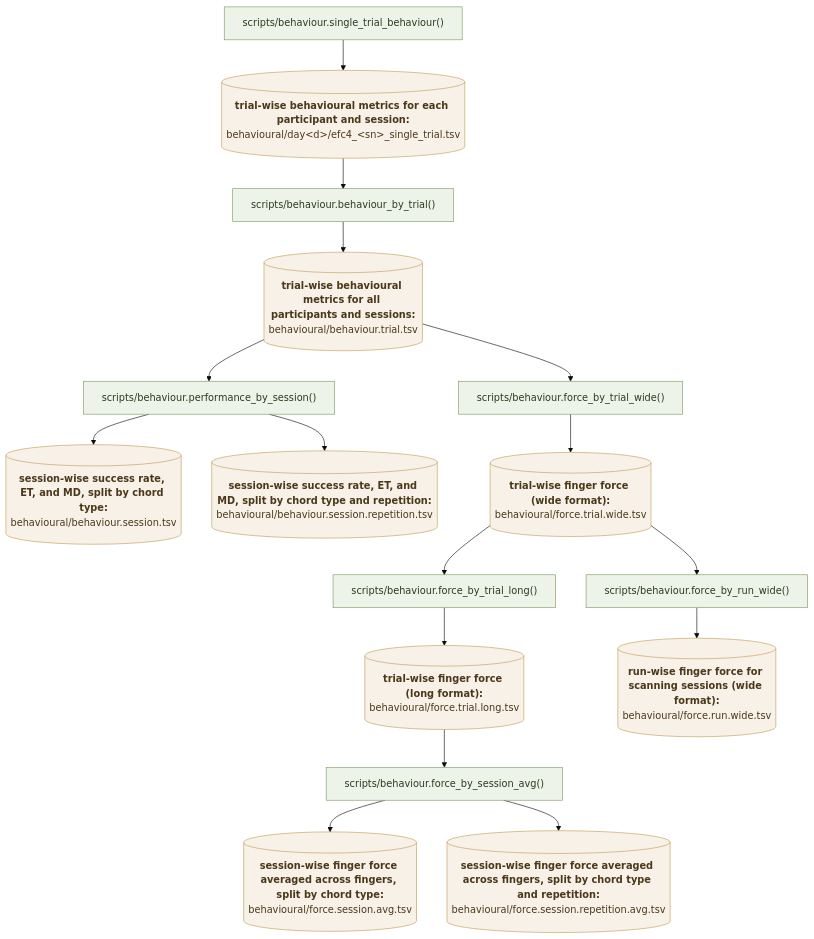
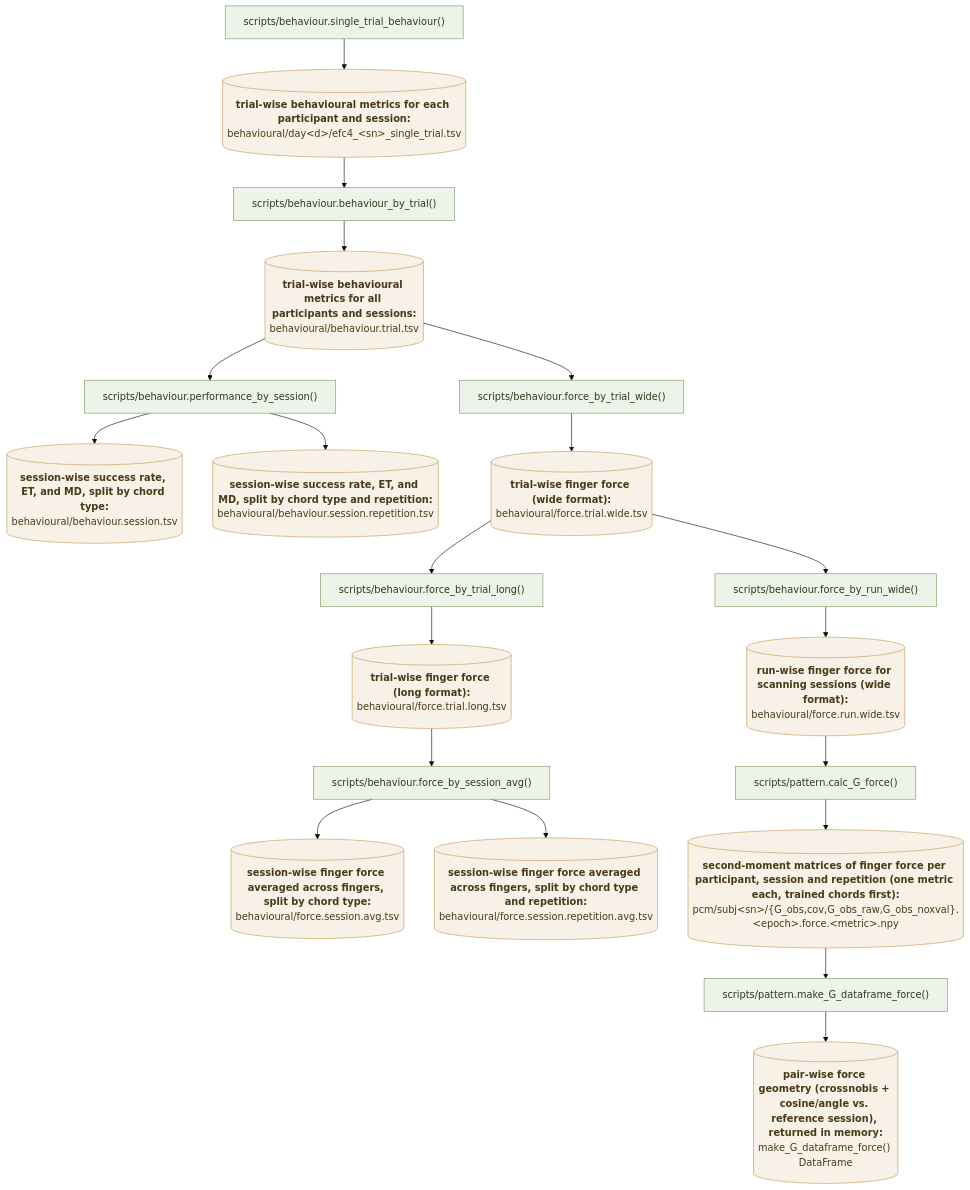
One commit to mnlmrc/extension-flexion-chords changed the diagram in README.md. Above: the diagram before and after it, drawn with Mermaid (base theme). The commit also changed other lines of this file and 2 other files, not shown here.

Commit message:
refactored activation.py

````diff
--- a/README.md
+++ b/README.md
@@ -18,48 +18,61 @@
 ```mermaid
 flowchart TD
     %% ---------- single trial ----------
     ST["scripts/behaviour.single_trial_behaviour()"]:::code
     STTSV[("<b>trial-wise behavioural metrics for each participant and session:</b><br/>behavioural/day&lt;d&gt;/efc4_&lt;sn&gt;_single_trial.tsv")]:::data
 
     ST --> STTSV
 
     %% ---------- summary ----------
     F_TRIAL["scripts/behaviour.behaviour_by_trial()"]:::code
     F_SESS["scripts/behaviour.performance_by_session()"]:::code
     F_FWIDE["scripts/behaviour.force_by_trial_wide()"]:::code
     F_FRUN["scripts/behaviour.force_by_run_wide()"]:::code
     F_FLONG["scripts/behaviour.force_by_trial_long()"]:::code
     F_FSESS["scripts/behaviour.force_by_session_avg()"]:::code
 
     TRIAL[("<b>trial-wise behavioural metrics for all participants and sessions:</b><br/>behavioural/behaviour.trial.tsv")]:::data
     
     PERF[("<b>session-wise success rate, ET, and MD, split by chord type:</b><br/>behavioural/behaviour.session.tsv")]:::data
     PERF_REP[("<b>session-wise success rate, ET, and MD, split by chord type and repetition:</b><br/>behavioural/behaviour.session.repetition.tsv")]:::data
     
     FWIDE[("<b>trial-wise finger force (wide format):</b><br/>behavioural/force.trial.wide.tsv")]:::data
     FLONG[("<b>trial-wise finger force (long format):</b><br/>behavioural/force.trial.long.tsv")]:::data
     FSESS[("<b>session-wise finger force averaged across fingers, split by chord type:</b><br/>behavioural/force.session.avg.tsv")]:::data
     FSESS_REP[("<b>session-wise finger force averaged across fingers, split by chord type and repetition:</b><br/>behavioural/force.session.repetition.avg.tsv")]:::data
     FFMRI[("<b>run-wise finger force for scanning sessions (wide format):</b><br/>behavioural/force.run.wide.tsv")]:::data
 
+    %% ---------- force pattern analysis ----------
+    P_GFORCE["scripts/pattern.calc_G_force()"]:::code
+    P_DFFORCE["scripts/pattern.make_G_dataframe_force()"]:::code
+
+    GFORCE[("<b>second-moment matrices of finger force per participant, session and repetition (one metric each, trained chords first):</b><br/>pcm/subj&lt;sn&gt;/{G_obs,cov,G_obs_raw,G_obs_noxval}.&lt;epoch&gt;.force.&lt;metric&gt;.npy")]:::data
+    DFFORCE[("<b>pair-wise force geometry (crossnobis + cosine/angle vs. reference session), returned in memory:</b><br/>make_G_dataframe_force() DataFrame")]:::data
+
     %% performance
     STTSV --> F_TRIAL
     F_TRIAL --> TRIAL
     TRIAL --> F_SESS
     F_SESS --> PERF
     F_SESS --> PERF_REP
 
     %% force
     TRIAL --> F_FWIDE
     F_FWIDE --> FWIDE
     FWIDE --> F_FRUN
     F_FRUN --> FFMRI
     FWIDE --> F_FLONG
     F_FLONG --> FLONG
     FLONG --> F_FSESS
     F_FSESS --> FSESS
     F_FSESS --> FSESS_REP
 
+    %% force pattern analysis
+    FFMRI --> P_GFORCE
+    P_GFORCE --> GFORCE
+    GFORCE --> P_DFFORCE
+    P_DFFORCE --> DFFORCE
+
     classDef code  fill:#eef3ea,stroke:#7a9a5f,color:#2a3a1e;
     classDef data  fill:#f7f1e8,stroke:#c39b56,color:#4a3818;
 ```
````
